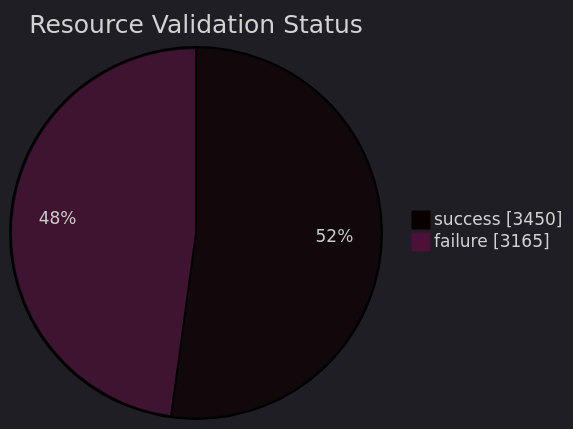
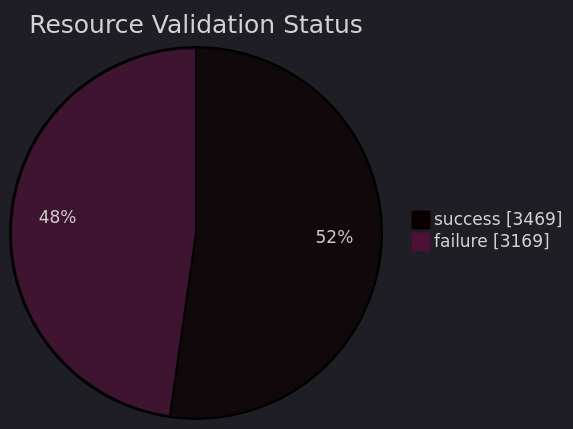
The first of 5 diagrams in datastore_tracker/README.md (open-data/analytics-corporate-reporting), drawn with Mermaid before and after one commit. The commit also changed other lines of this file and 6 other files, not shown here.

````diff
--- a/datastore_tracker/README.md
+++ b/datastore_tracker/README.md
@@ -20,9 +20,9 @@
 ```mermaid
 ---
 config:
   theme: dark
 ---
 pie showData title Resource Validation Status
-    "success": 3450
-    "failure": 3165
+    "success": 3469
+    "failure": 3169
 ```
````
